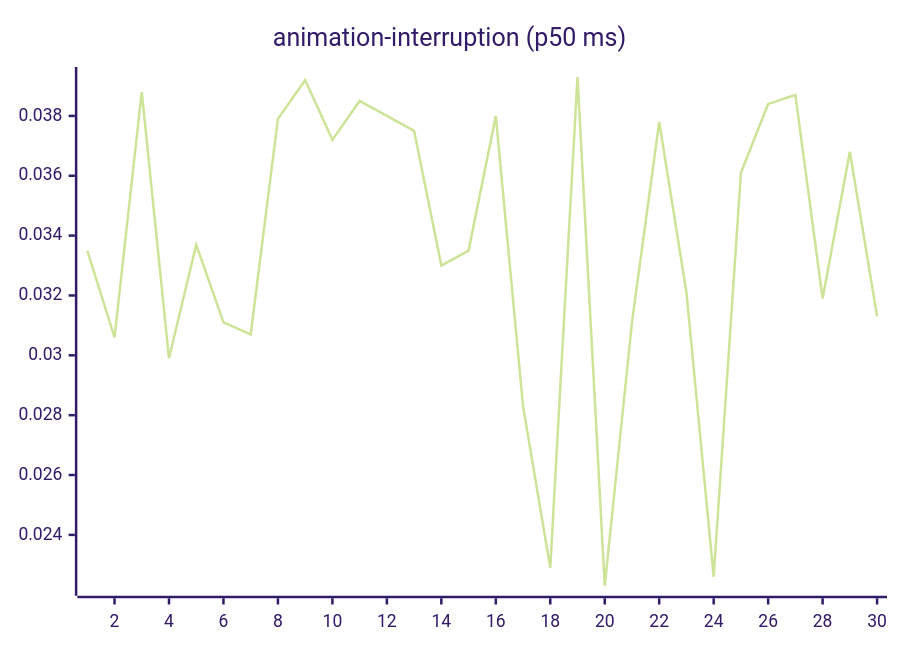
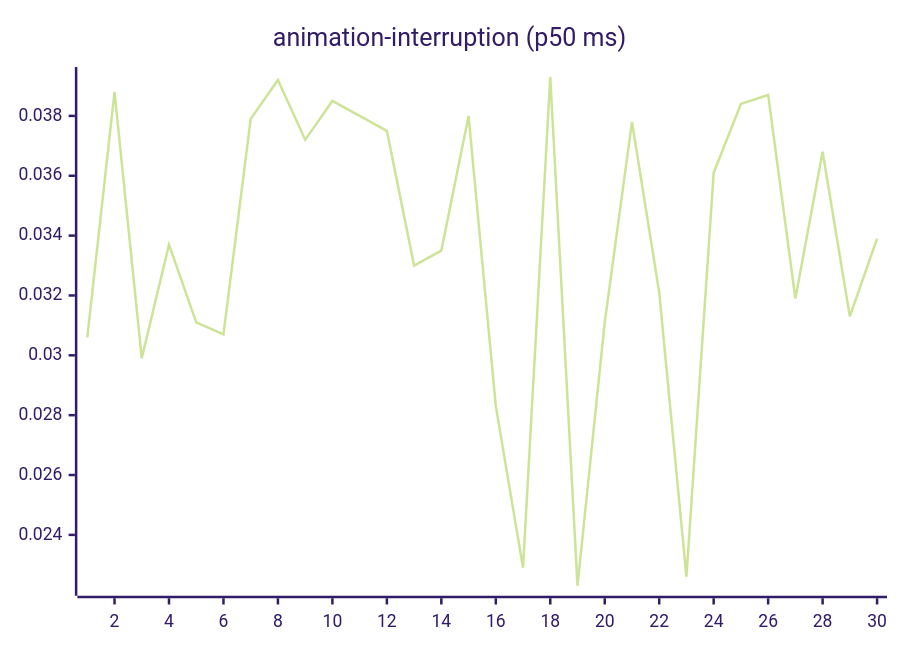
The third of 27 diagrams in README.md (josha/Facet), drawn with Mermaid (forest theme) before and after one commit. The commit also changed other lines of this file and 2 other files, not shown here.

````diff
--- a/README.md
+++ b/README.md
@@ -77,6 +77,6 @@
 ```mermaid
 xychart-beta
     title "animation-interruption (p50 ms)"
     x-axis 1 --> 30
-    line [0.0335, 0.0306, 0.0388, 0.0299, 0.0337, 0.0311, 0.0307, 0.0379, 0.0392, 0.0372, 0.0385, 0.0380, 0.0375, 0.0330, 0.0335, 0.0380, 0.0283, 0.0229, 0.0393, 0.0223, 0.0311, 0.0378, 0.0321, 0.0226, 0.0361, 0.0384, 0.0387, 0.0319, 0.0368, 0.0313]
+    line [0.0306, 0.0388, 0.0299, 0.0337, 0.0311, 0.0307, 0.0379, 0.0392, 0.0372, 0.0385, 0.0380, 0.0375, 0.0330, 0.0335, 0.0380, 0.0283, 0.0229, 0.0393, 0.0223, 0.0311, 0.0378, 0.0321, 0.0226, 0.0361, 0.0384, 0.0387, 0.0319, 0.0368, 0.0313, 0.0339]
 ```
````
